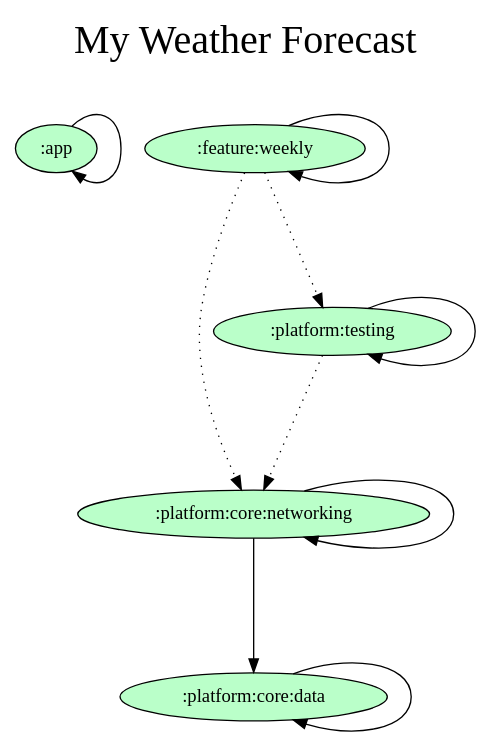
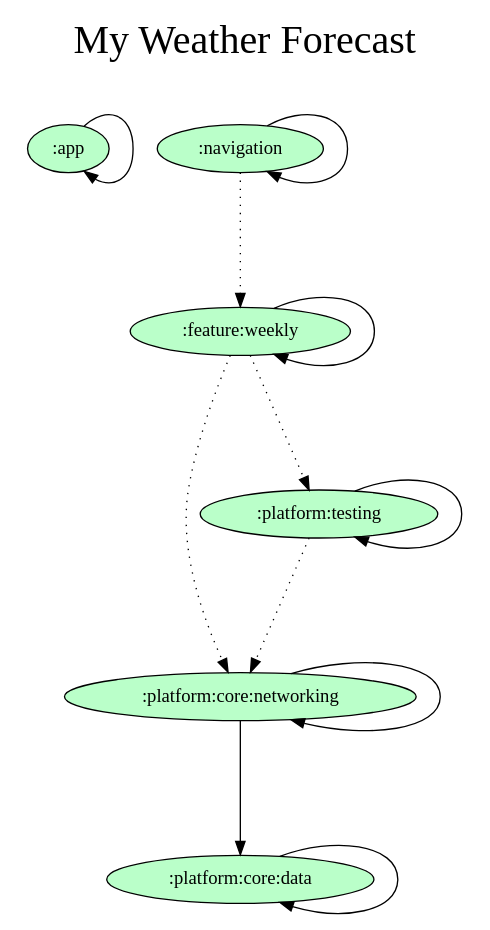
One commit to orogersilva/myweatherforecast changed the diagram in gradle/dependency-graph/project.dot. Above: the diagram before and after it, drawn with Graphviz. The commit also changed 1 other file, not shown here.

Commit message:
docs: Updating dependency graph

```diff
--- a/gradle/dependency-graph/project.dot
+++ b/gradle/dependency-graph/project.dot
@@ -1,27 +1,30 @@
 digraph {
   graph [label="My Weather Forecast\n ",labelloc=t,fontsize=30,ranksep=1.4];
   node [style=filled, fillcolor="#bbbbbb"];
   rankdir=TB;
 
   # Projects
 
   ":app" [fillcolor="#baffc9"];
   ":feature:weekly" [fillcolor="#baffc9"];
+  ":navigation" [fillcolor="#baffc9"];
   ":platform:core:data" [fillcolor="#baffc9"];
   ":platform:core:networking" [fillcolor="#baffc9"];
   ":platform:testing" [fillcolor="#baffc9"];
 
   {rank = same;}
 
   # Dependencies
 
   ":app" -> ":app"
+  ":navigation" -> ":navigation"
+  ":navigation" -> ":feature:weekly" [style=dotted]
   ":feature:weekly" -> ":feature:weekly"
   ":feature:weekly" -> ":platform:core:networking" [style=dotted]
   ":feature:weekly" -> ":platform:testing" [style=dotted]
   ":platform:testing" -> ":platform:testing"
   ":platform:testing" -> ":platform:core:networking" [style=dotted]
   ":platform:core:data" -> ":platform:core:data"
   ":platform:core:networking" -> ":platform:core:data"
   ":platform:core:networking" -> ":platform:core:networking"
 }
```
